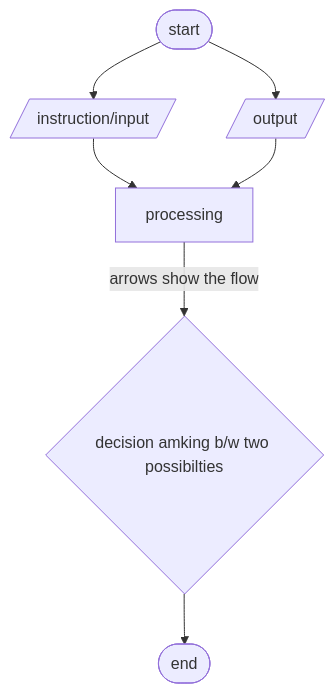
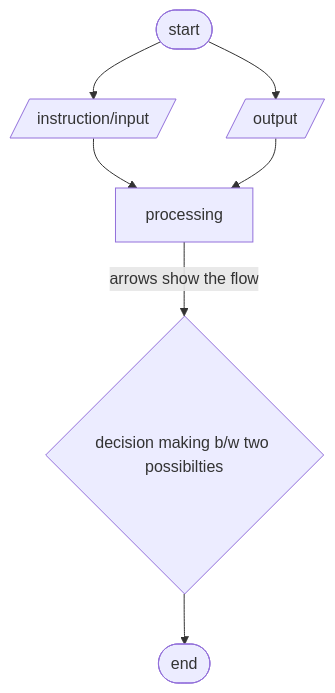
One commit to mHadi1091/my-notes-practice- changed the first of 2 diagrams in programming.md. Above: the diagram before and after it, drawn with Mermaid. The commit also changed other lines of this file, not shown here.

````diff
--- a/programming.md
+++ b/programming.md
@@ -101,9 +101,9 @@
 ```mermaid
 flowchart TD
 A([start]) --> B[/instruction/input/]
 A--> C[/output/]
 B & C --> D[processing]
-D -->|arrows show the flow| E{decision amking b/w two possibilties}
+D -->|arrows show the flow| E{decision making b/w two possibilties}
 E --> F([end]) 
  
 ```
````
